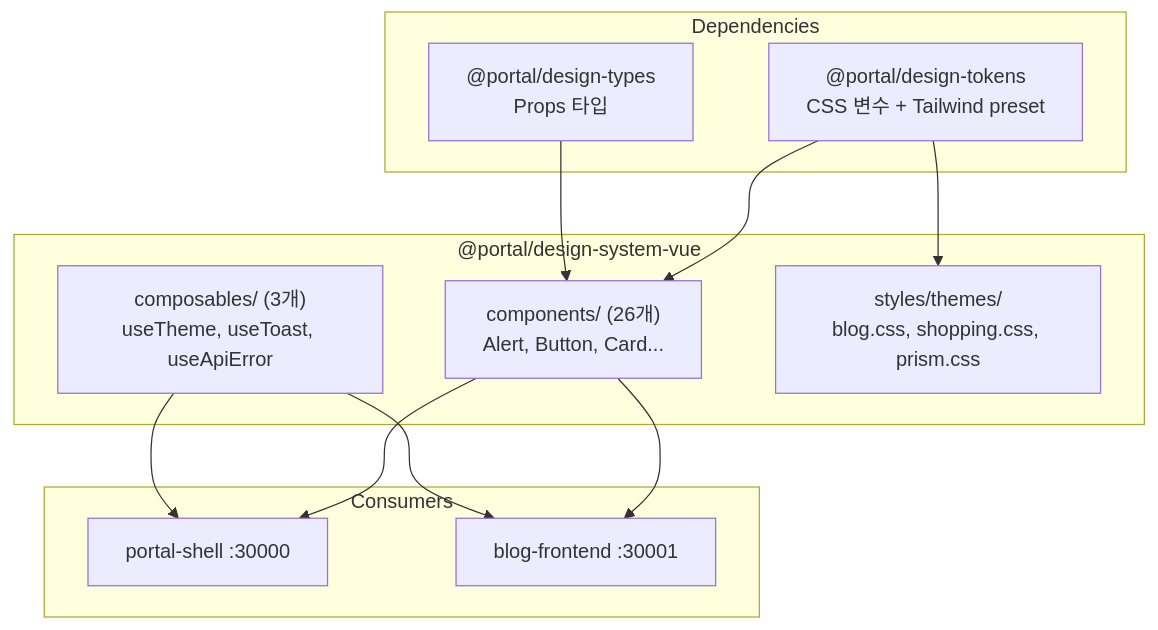
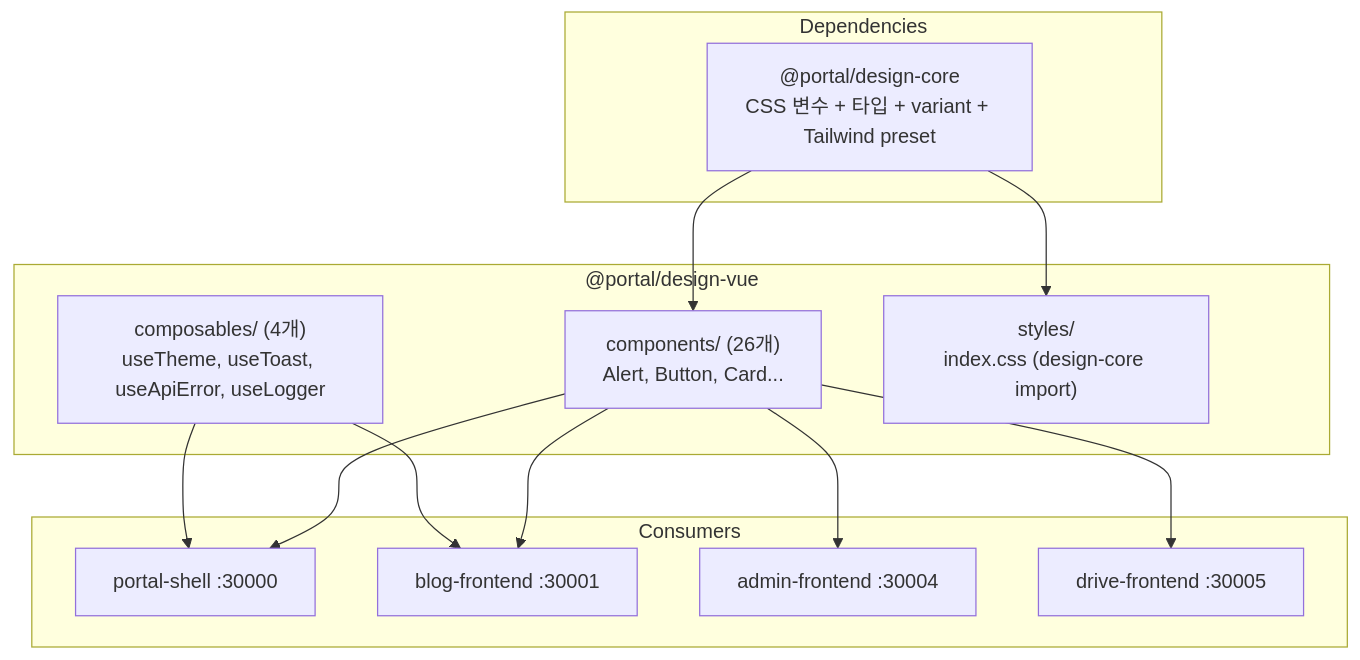
The diagram in docs/architecture/design-system/vue-components.md (L-a-z-e/portal-universe), drawn with Mermaid before and after one commit. The commit also changed other lines of this file and 539 other files, not shown here.

First line of the commit message:
refactor(design-system): consolidate 4 packages into 3 (ADR-043)

````diff
--- a/docs/architecture/design-system/vue-components.md
+++ b/docs/architecture/design-system/vue-components.md
@@ -34,26 +35,28 @@
 ```mermaid
 graph TB
     subgraph "Dependencies"
-        DT["@portal/design-tokens<br/>CSS 변수 + Tailwind preset"]
-        DY["@portal/design-types<br/>Props 타입"]
+        DC["@portal/design-core<br/>CSS 변수 + 타입 + variant + Tailwind preset"]
     end
 
-    subgraph "@portal/design-system-vue"
+    subgraph "@portal/design-vue"
         COMP["components/ (26개)<br/>Alert, Button, Card..."]
-        CMPB["composables/ (3개)<br/>useTheme, useToast, useApiError"]
-        STYLE["styles/themes/<br/>blog.css, shopping.css, prism.css"]
+        CMPB["composables/ (4개)<br/>useTheme, useToast, useApiError, useLogger"]
+        STYLE["styles/<br/>index.css (design-core import)"]
     end
 
     subgraph "Consumers"
         SHELL["portal-shell :30000"]
         BLOG["blog-frontend :30001"]
+        ADMIN["admin-frontend :30004"]
+        DRIVE["drive-frontend :30005"]
     end
 
-    DT --> COMP
-    DT --> STYLE
-    DY --> COMP
+    DC --> COMP
+    DC --> STYLE
     COMP --> SHELL
     COMP --> BLOG
+    COMP --> ADMIN
+    COMP --> DRIVE
     CMPB --> SHELL
     CMPB --> BLOG
 ```
````
